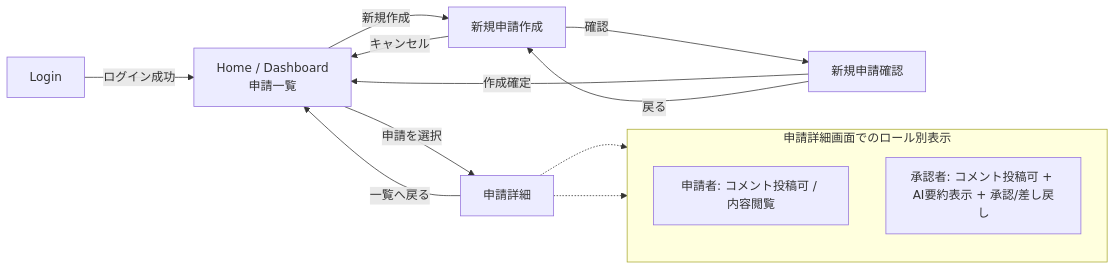
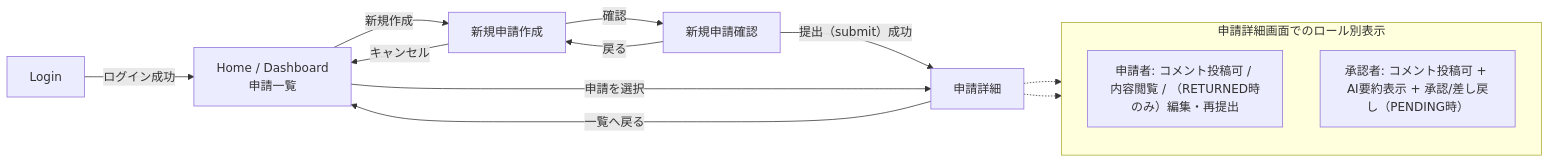
Before and after one commit to Yamazaki-Katsunori/poc-purchasing-approval: the diagram in docs/diagrams/screen-layouts/screen-flow-v1.mmd, drawn with Mermaid.

Commit message:
docs commit: screen-flow-v1.mmd correct

```diff
--- a/docs/diagrams/screen-layouts/screen-flow-v1.mmd
+++ b/docs/diagrams/screen-layouts/screen-flow-v1.mmd
@@ -1,33 +1,35 @@
 %% docs/diagrams/screen-layouts/screen-flow-v1.mmd
 flowchart LR
   %% v1 Screen Flow (poc-purchasing-approval) - Left to Right
 
   Login[Login]
   Home[Home / Dashboard<br/>申請一覧]
   NewForm[新規申請作成]
   NewConfirm[新規申請確認]
   Detail[申請詳細]
 
   %% Basic navigation
   Login -->|ログイン成功| Home
+
+  %% Create flow (input -> confirm -> submit)
   Home -->|新規作成| NewForm
   NewForm -->|確認| NewConfirm
-  NewConfirm -->|作成確定| Home
+  NewConfirm -->|提出（submit）成功| Detail
+
+  %% Create flow back
+  NewForm -->|キャンセル| Home
+  NewConfirm -->|戻る| NewForm
 
   %% List -> Detail
   Home -->|申請を選択| Detail
   Detail -->|一覧へ戻る| Home
 
-  %% New flow back
-  NewForm -->|キャンセル| Home
-  NewConfirm -->|戻る| NewForm
-
   %% Role-based behaviors (notes)
   subgraph RoleBased[申請詳細画面でのロール別表示]
     direction TB
-    Applicant[申請者: コメント投稿可 / 内容閲覧]
-    Approver[承認者: コメント投稿可 + AI要約表示 + 承認/差し戻し]
+    Applicant[申請者: コメント投稿可 / 内容閲覧 / （RETURNED時のみ）編集・再提出]
+    Approver[承認者: コメント投稿可 + AI要約表示 + 承認/差し戻し（PENDING時）]
   end
 
   Detail -.-> Applicant
   Detail -.-> Approver
```
